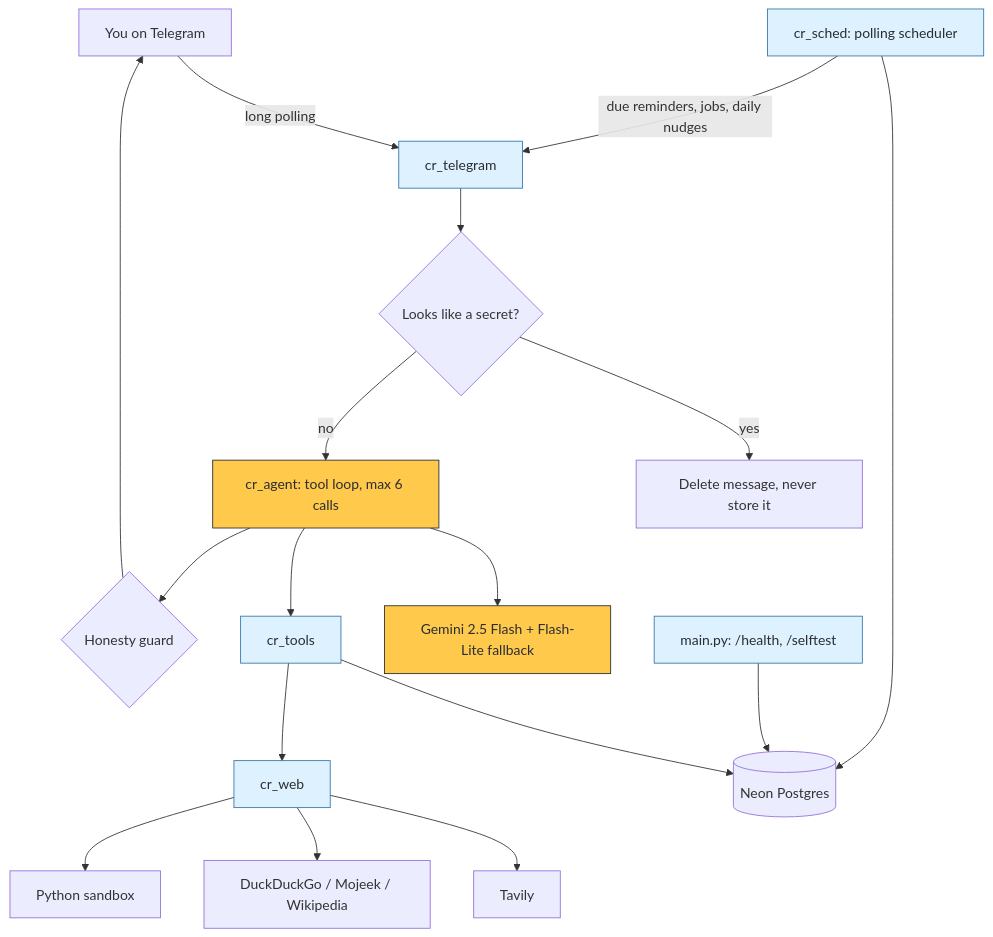
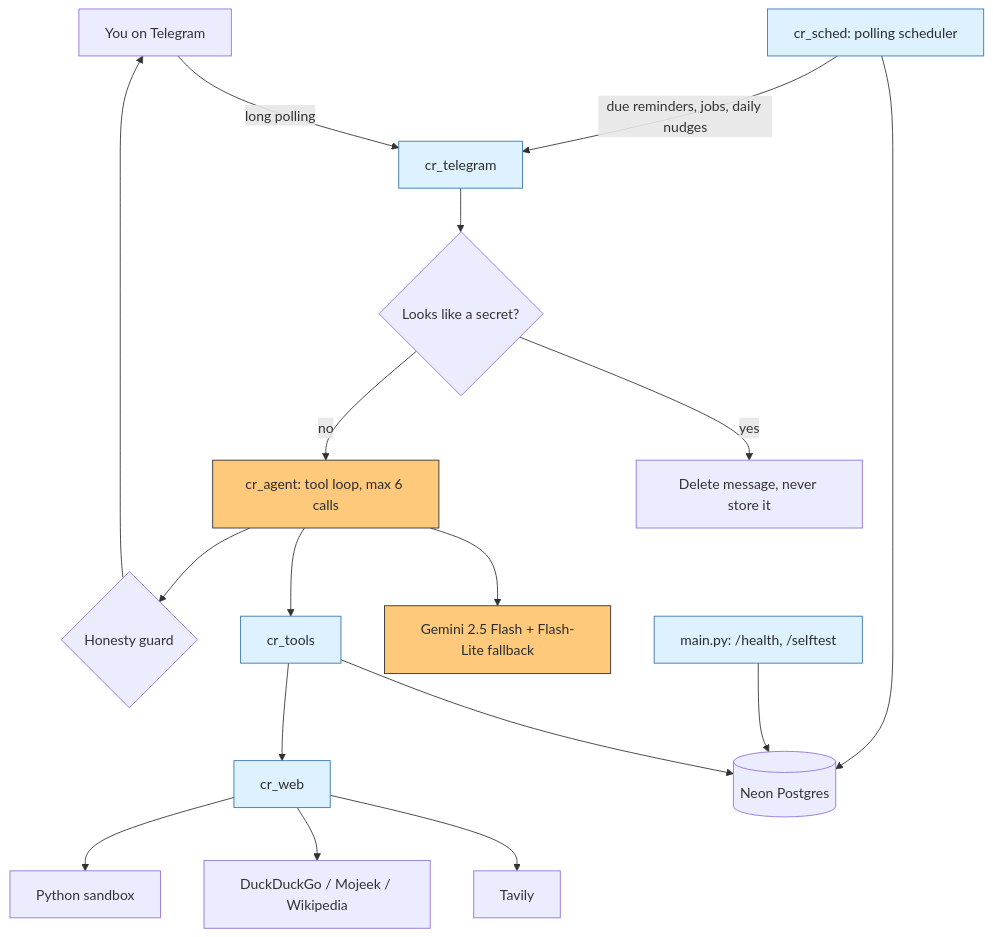
Before and after one commit to itsppm76/crayon: the diagram in README.md, drawn with Mermaid. The commit also changed other lines of this file, not shown here.

````diff
--- a/README.md
+++ b/README.md
@@ -68,23 +68,23 @@
 ```mermaid
 flowchart TD
     U[You on Telegram] -->|long polling| TG[cr_telegram]
     TG --> SEC{Looks like a secret?}
     SEC -->|yes| DEL[Delete message, never store it]
     SEC -->|no| AG[cr_agent: tool loop, max 6 calls]
     AG --> LLM[Gemini 2.5 Flash + Flash-Lite fallback]
     AG --> TOOLS[cr_tools]
     TOOLS --> MEM[(Neon Postgres)]
     TOOLS --> WEB[cr_web]
     WEB --> TAV[Tavily]
     WEB --> FB[DuckDuckGo / Mojeek / Wikipedia]
     WEB --> SB[Python sandbox]
     AG --> HG{Honesty guard}
     HG --> U
     SCH[cr_sched: polling scheduler] --> MEM
     SCH -->|due reminders, jobs, daily nudges| TG
     HOST[main.py: /health, /selftest] --> MEM
-    classDef yellow fill:#FFC94C,color:#2B2D31,stroke:#2B2D31
+    classDef yellow fill:#FFC97C,color:#2B2D31,stroke:#2B2D31
     classDef blue fill:#DDF1FF,color:#2B2D31,stroke:#3776AB
     class AG,LLM yellow
     class TG,TOOLS,WEB,SCH,HOST blue
 ```
````
